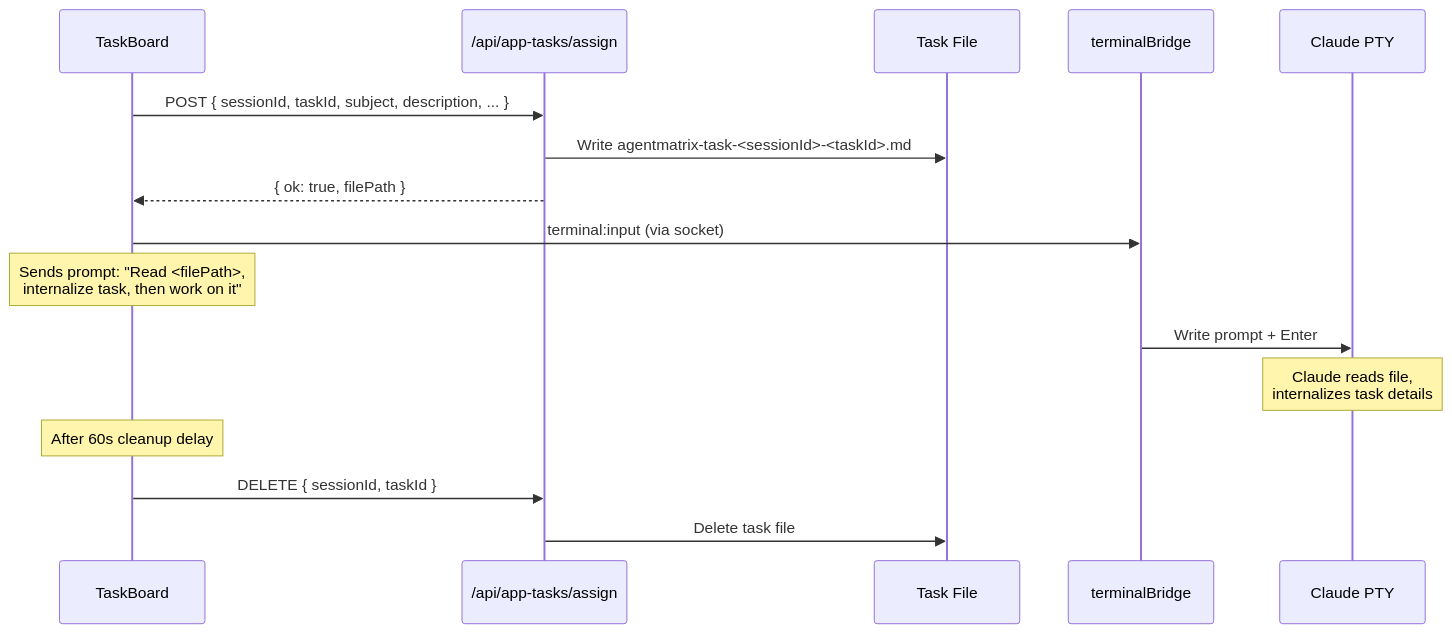
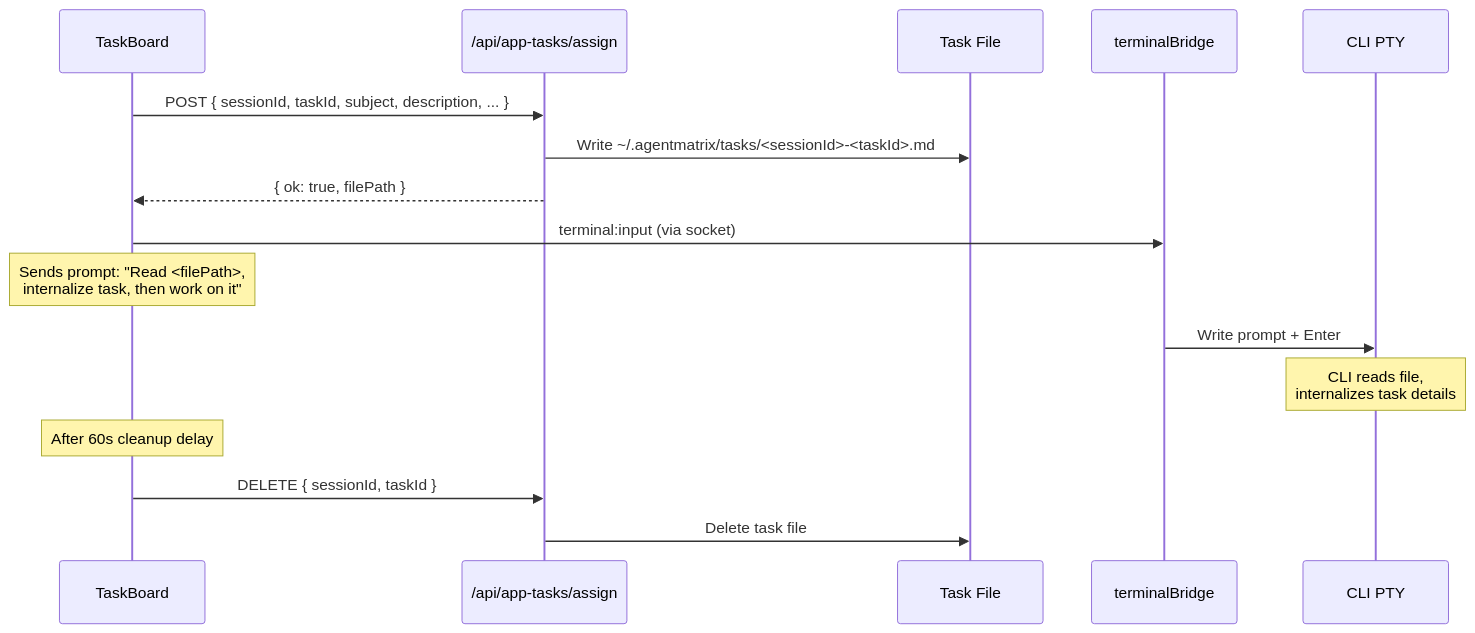
One commit to Nahom-Kefelegne/AgentMatrix changed the seventh of 8 diagrams in docs/design/services-state.md. Above: the diagram before and after it, drawn with Mermaid. The commit also changed other lines of this file and 14 other files, not shown here.

````diff
--- a/docs/design/services-state.md
+++ b/docs/design/services-state.md
@@ -552,22 +550,22 @@
 ```mermaid
 sequenceDiagram
     participant UI as TaskBoard
     participant API as /api/app-tasks/assign
     participant FS as Task File
     participant Bridge as terminalBridge
-    participant PTY as Claude PTY
+    participant PTY as CLI PTY
 
     UI->>API: POST { sessionId, taskId, subject, description, ... }
-    API->>FS: Write agentmatrix-task-<sessionId>-<taskId>.md
+    API->>FS: Write ~/.agentmatrix/tasks/<sessionId>-<taskId>.md
     API-->>UI: { ok: true, filePath }
 
     UI->>Bridge: terminal:input (via socket)
     Note over UI: Sends prompt: "Read <filePath>,<br/>internalize task, then work on it"
     Bridge->>PTY: Write prompt + Enter
 
-    Note over PTY: Claude reads file,<br/>internalizes task details
+    Note over PTY: CLI reads file,<br/>internalizes task details
 
     Note over UI: After 60s cleanup delay
     UI->>API: DELETE { sessionId, taskId }
     API->>FS: Delete task file
 ```
````
